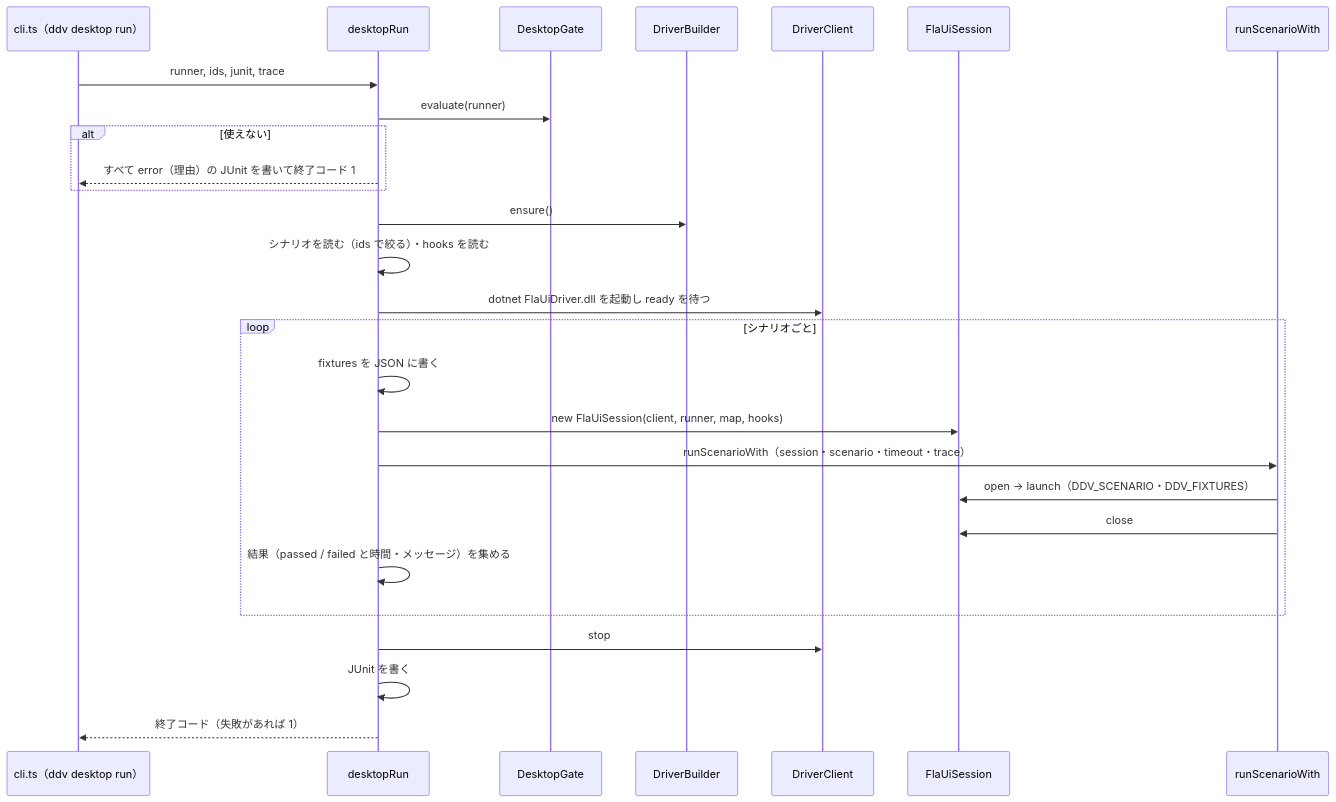
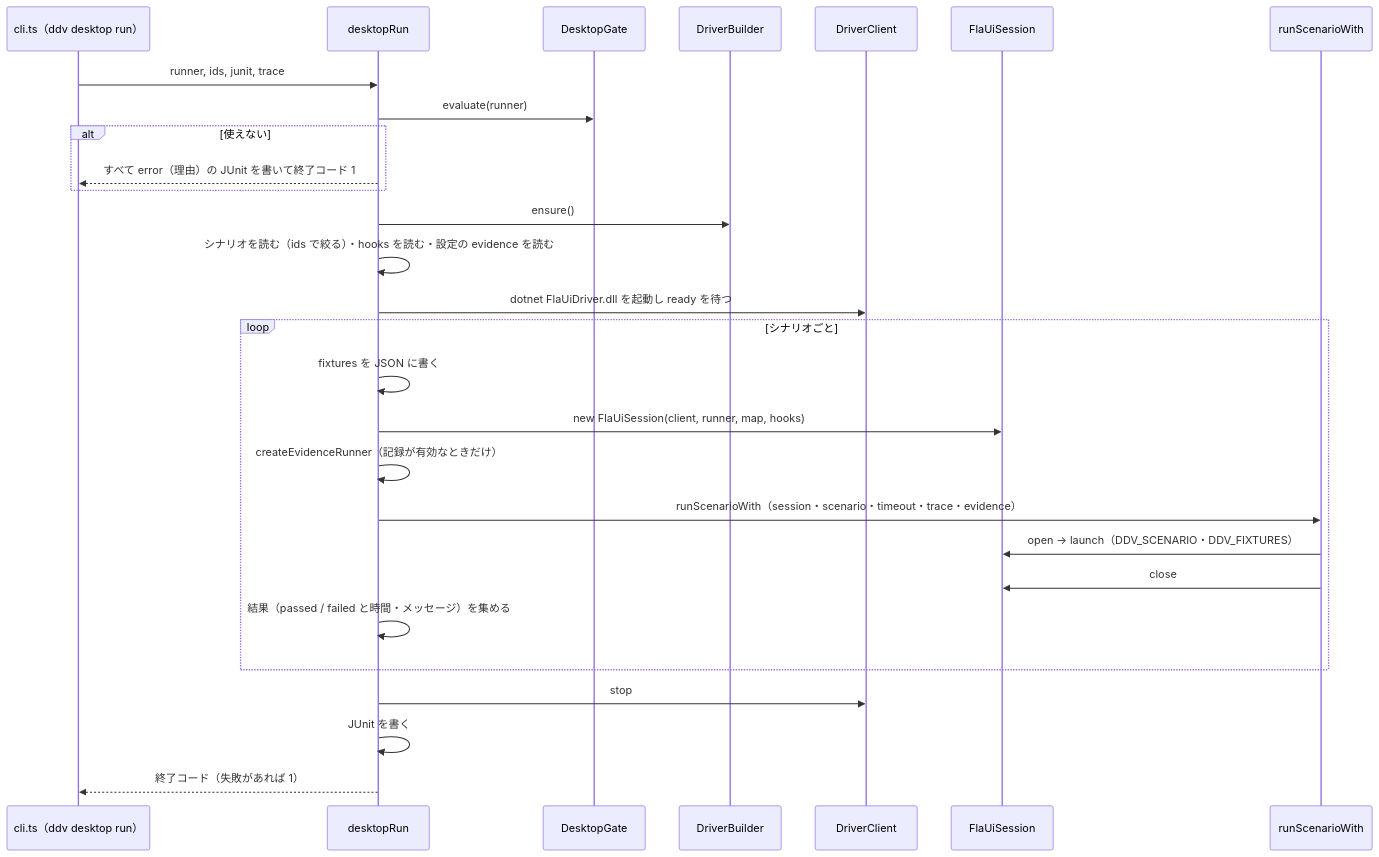
One commit to p-o-ke-nae/design-document changed the sixth of 6 diagrams in docs/design/detailed/flaui-driver.md. Above: the diagram before and after it, drawn with Mermaid. The commit also changed other lines of this file and 18 other files, not shown here.

````diff
--- a/docs/design/detailed/flaui-driver.md
+++ b/docs/design/detailed/flaui-driver.md
@@ -240,29 +244,30 @@
 ```mermaid id=run-seq
 sequenceDiagram
   participant C as cli.ts（ddv desktop run）
   participant R as desktopRun
   participant G as DesktopGate
   participant B as DriverBuilder
   participant K as DriverClient
   participant S as FlaUiSession
   participant X as runScenarioWith
   C->>R: runner, ids, junit, trace
   R->>G: evaluate(runner)
   alt 使えない
     R-->>C: すべて error（理由）の JUnit を書いて終了コード 1
   end
   R->>B: ensure()
-  R->>R: シナリオを読む（ids で絞る）・hooks を読む
+  R->>R: シナリオを読む（ids で絞る）・hooks を読む・設定の evidence を読む
   R->>K: dotnet FlaUiDriver.dll を起動し ready を待つ
   loop シナリオごと
     R->>R: fixtures を JSON に書く
     R->>S: new FlaUiSession(client, runner, map, hooks)
-    R->>X: runScenarioWith（session・scenario・timeout・trace）
+    R->>R: createEvidenceRunner（記録が有効なときだけ）
+    R->>X: runScenarioWith（session・scenario・timeout・trace・evidence）
     X->>S: open → launch（DDV_SCENARIO・DDV_FIXTURES）
     X->>S: close
     R->>R: 結果（passed / failed と時間・メッセージ）を集める
   end
   R->>K: stop
   R->>R: JUnit を書く
   R-->>C: 終了コード（失敗があれば 1）
 ```
````
